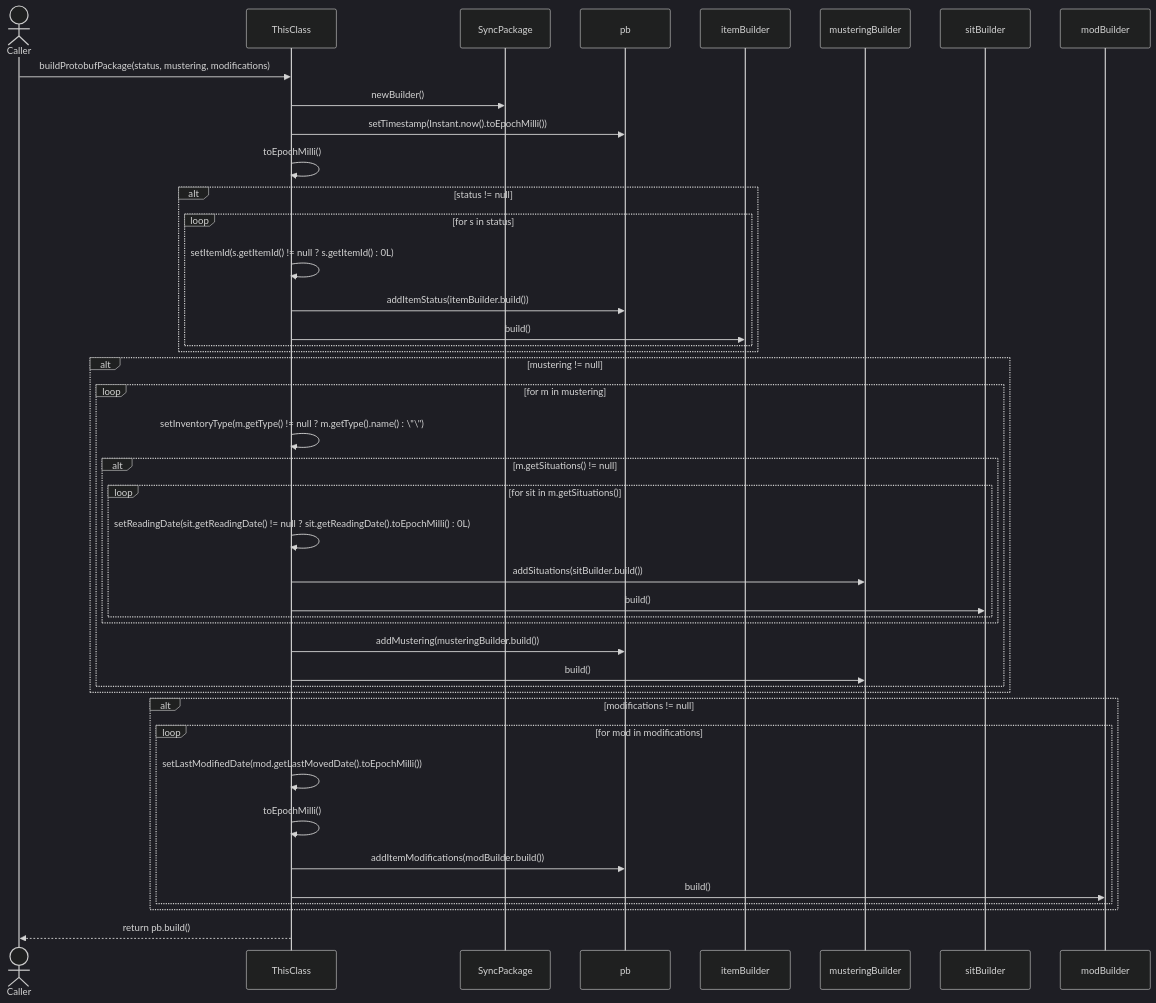
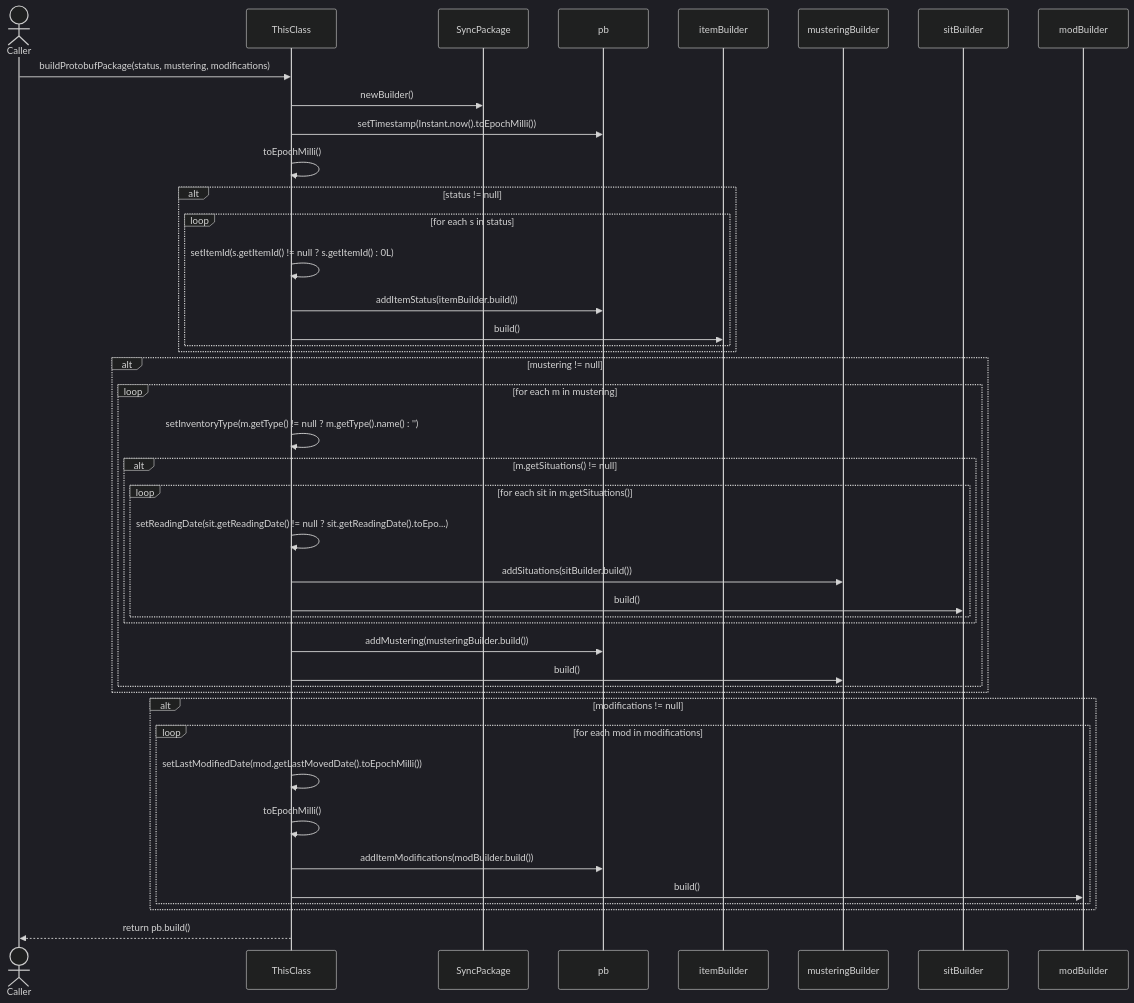
Diagram 13 of 16 in docs/CloudSyncUploadService.md (FelipeMCassiano/geanky), drawn with Mermaid (dark theme) before and after one commit. The commit also changed other lines of this file and 7 other files, not shown here.

````diff
--- a/docs/CloudSyncUploadService.md
+++ b/docs/CloudSyncUploadService.md
@@ -941,47 +941,47 @@
 ```mermaid
 sequenceDiagram
     actor Caller
     participant ThisClass
     participant SyncPackage
     participant pb
     participant itemBuilder
     participant musteringBuilder
     participant sitBuilder
     participant modBuilder
 
     Caller->>ThisClass: buildProtobufPackage(status, mustering, modifications)
     ThisClass->>SyncPackage: newBuilder()
     ThisClass->>pb: setTimestamp(Instant.now().toEpochMilli())
     ThisClass->>ThisClass: toEpochMilli()
     alt status != null
-    loop for s in status
+    loop for each s in status
     ThisClass->>ThisClass: setItemId(s.getItemId() != null ? s.getItemId() : 0L)
     ThisClass->>pb: addItemStatus(itemBuilder.build())
     ThisClass->>itemBuilder: build()
     end
     end
     alt mustering != null
-    loop for m in mustering
-    ThisClass->>ThisClass: setInventoryType(m.getType() != null ? m.getType().name() : \"\")
+    loop for each m in mustering
+    ThisClass->>ThisClass: setInventoryType(m.getType() != null ? m.getType().name() : '')
     alt m.getSituations() != null
-    loop for sit in m.getSituations()
-    ThisClass->>ThisClass: setReadingDate(sit.getReadingDate() != null ? sit.getReadingDate().toEpochMilli() : 0L)
+    loop for each sit in m.getSituations()
+    ThisClass->>ThisClass: setReadingDate(sit.getReadingDate() != null ? sit.getReadingDate().toEpo...)
     ThisClass->>musteringBuilder: addSituations(sitBuilder.build())
     ThisClass->>sitBuilder: build()
     end
     end
     ThisClass->>pb: addMustering(musteringBuilder.build())
     ThisClass->>musteringBuilder: build()
     end
     end
     alt modifications != null
-    loop for mod in modifications
+    loop for each mod in modifications
     ThisClass->>ThisClass: setLastModifiedDate(mod.getLastMovedDate().toEpochMilli())
     ThisClass->>ThisClass: toEpochMilli()
     ThisClass->>pb: addItemModifications(modBuilder.build())
     ThisClass->>modBuilder: build()
     end
     end
     ThisClass-->>Caller: return pb.build()
 
 ```
````
